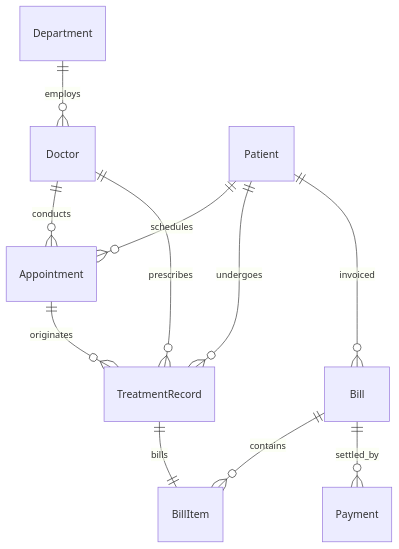
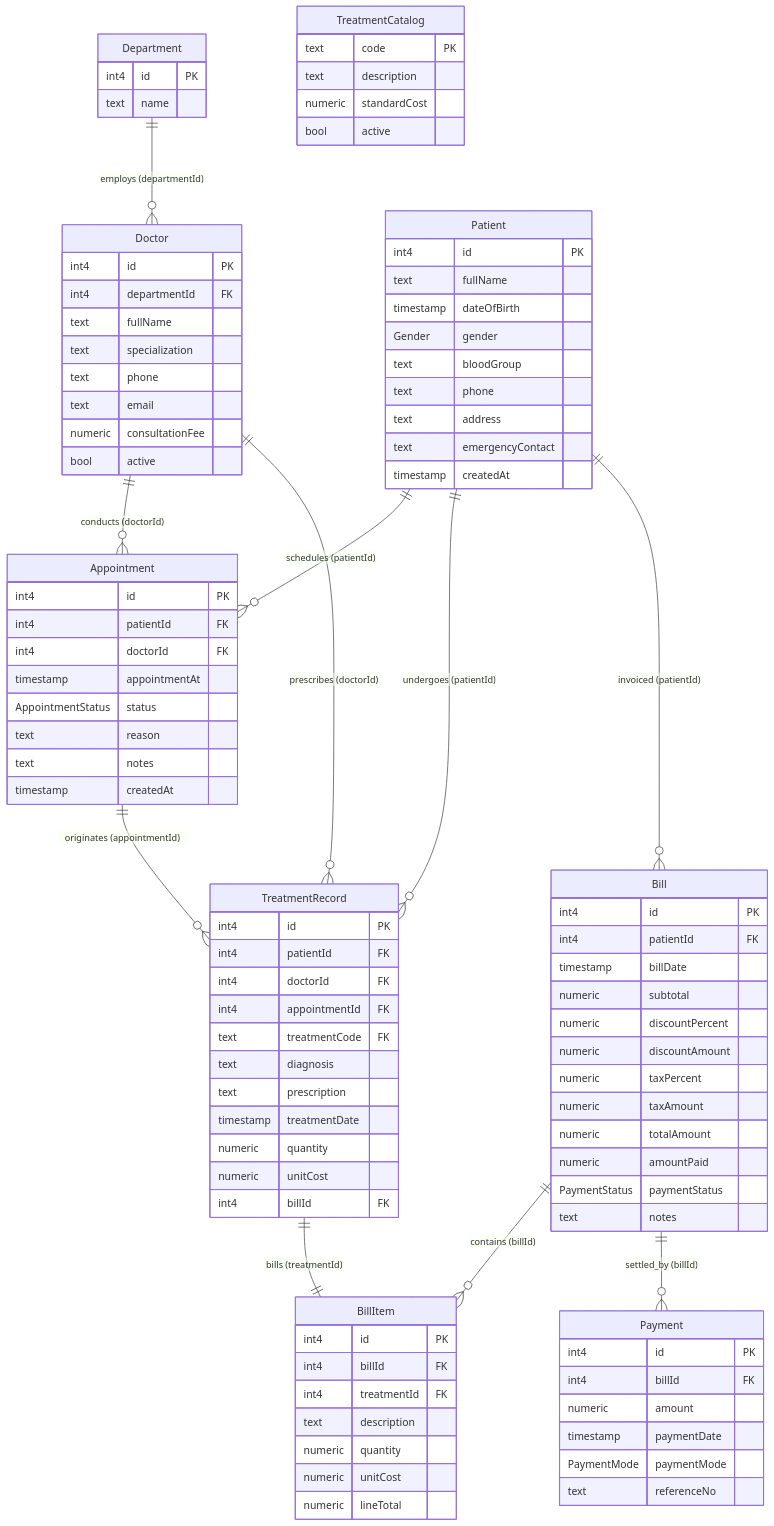
The second of 3 diagrams in documentation/TECHNICAL_REPORT.md (anindya-mukhopadhyay/Hospital-Management), drawn with Mermaid before and after one commit. The commit also changed other lines of this file, not shown here.

Commit message:
docs: update technical report with architecture, userflow, and detailed database ERD diagrams

````diff
--- a/documentation/TECHNICAL_REPORT.md
+++ b/documentation/TECHNICAL_REPORT.md
@@ -22,13 +56,107 @@
 ```mermaid
 erDiagram
-    Department ||--o{ Doctor : "employs"
-    Patient ||--o{ Appointment : "schedules"
-    Patient ||--o{ TreatmentRecord : "undergoes"
-    Patient ||--o{ Bill : "invoiced"
-    Doctor ||--o{ Appointment : "conducts"
-    Doctor ||--o{ TreatmentRecord : "prescribes"
-    Appointment ||--o{ TreatmentRecord : "originates"
-    Bill ||--o{ BillItem : "contains"
-    Bill ||--o{ Payment : "settled_by"
-    TreatmentRecord ||--|| BillItem : "bills"
+    Department ||--o{ Doctor : "employs (departmentId)"
+    Patient ||--o{ Appointment : "schedules (patientId)"
+    Patient ||--o{ TreatmentRecord : "undergoes (patientId)"
+    Patient ||--o{ Bill : "invoiced (patientId)"
+    Doctor ||--o{ Appointment : "conducts (doctorId)"
+    Doctor ||--o{ TreatmentRecord : "prescribes (doctorId)"
+    Appointment ||--o{ TreatmentRecord : "originates (appointmentId)"
+    Bill ||--o{ BillItem : "contains (billId)"
+    Bill ||--o{ Payment : "settled_by (billId)"
+    TreatmentRecord ||--|| BillItem : "bills (treatmentId)"
+
+    Department {
+        int4 id PK
+        text name
+    }
+
+    Patient {
+        int4 id PK
+        text fullName
+        timestamp dateOfBirth
+        Gender gender
+        text bloodGroup
+        text phone
+        text address
+        text emergencyContact
+        timestamp createdAt
+    }
+
+    Doctor {
+        int4 id PK
+        int4 departmentId FK
+        text fullName
+        text specialization
+        text phone
+        text email
+        numeric consultationFee
+        bool active
+    }
+
+    TreatmentCatalog {
+        text code PK
+        text description
+        numeric standardCost
+        bool active
+    }
+
+    Appointment {
+        int4 id PK
+        int4 patientId FK
+        int4 doctorId FK
+        timestamp appointmentAt
+        AppointmentStatus status
+        text reason
+        text notes
+        timestamp createdAt
+    }
+
+    TreatmentRecord {
+        int4 id PK
+        int4 patientId FK
+        int4 doctorId FK
+        int4 appointmentId FK
+        text treatmentCode FK
+        text diagnosis
+        text prescription
+        timestamp treatmentDate
+        numeric quantity
+        numeric unitCost
+        int4 billId FK
+    }
+
+    Bill {
+        int4 id PK
+        int4 patientId FK
+        timestamp billDate
+        numeric subtotal
+        numeric discountPercent
+        numeric discountAmount
+        numeric taxPercent
+        numeric taxAmount
+        numeric totalAmount
+        numeric amountPaid
+        PaymentStatus paymentStatus
+        text notes
+    }
+
+    BillItem {
+        int4 id PK
+        int4 billId FK
+        int4 treatmentId FK
+        text description
+        numeric quantity
+        numeric unitCost
+        numeric lineTotal
+    }
+
+    Payment {
+        int4 id PK
+        int4 billId FK
+        numeric amount
+        timestamp paymentDate
+        PaymentMode paymentMode
+        text referenceNo
+    }
 ```
````
